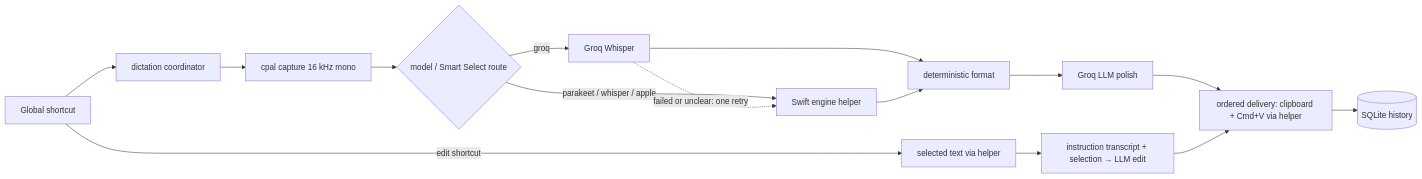
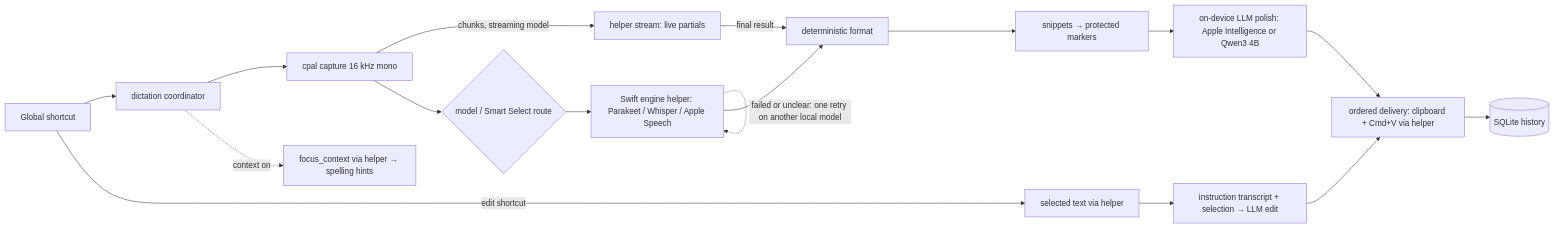
Before and after one commit to yuyudhan/simple-voice: the diagram in docs/internal/architecture.md, drawn with Mermaid. The commit also changed other lines of this file and 242 other files, not shown here.

````diff
--- a/docs/internal/architecture.md
+++ b/docs/internal/architecture.md
@@ -17,17 +22,19 @@
 ```mermaid
 flowchart LR
     K[Global shortcut] --> C[dictation coordinator]
     C --> A[cpal capture 16 kHz mono]
+    C -.->|context on| Q[focus_context via helper → spelling hints]
+    A -->|chunks, streaming model| L[helper stream: live partials]
     A --> T{model / Smart Select route}
-    T -->|groq| G[Groq Whisper]
-    T -->|parakeet / whisper / apple| E[Swift engine helper]
-    G -.->|failed or unclear: one retry| E
-    G --> F[deterministic format]
-    E --> F
-    F --> P[Groq LLM polish]
+    L -->|final result| F
+    T --> E[Swift engine helper: Parakeet / Whisper / Apple Speech]
+    E -.->|failed or unclear: one retry on another local model| E
+    E --> F[deterministic format]
+    F --> N[snippets → protected markers]
+    N --> P[on-device LLM polish: Apple Intelligence or Qwen3 4B]
     P --> D[ordered delivery: clipboard + Cmd+V via helper]
     D --> H[(SQLite history)]
     K -->|edit shortcut| S[selected text via helper]
     S --> X[instruction transcript + selection → LLM edit]
     X --> D
 ```
````
